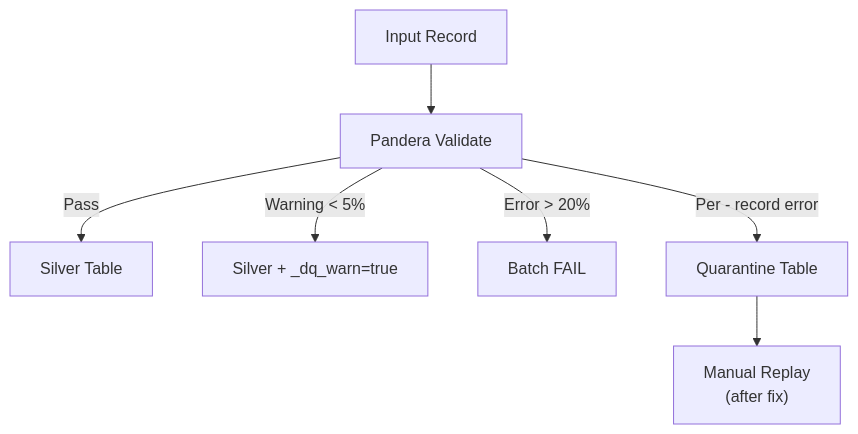
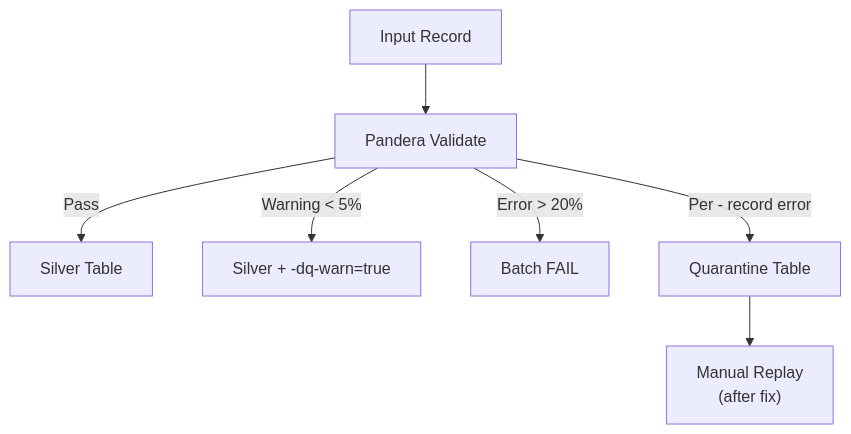
Before and after one commit to SatoryKono/BioactivityDataAcquisition: the third of 3 diagrams in docs/02-architecture/data-flow.md, drawn with Mermaid. The commit also changed other lines of this file and 311 other files, not shown here.

````diff
--- a/docs/02-architecture/data-flow.md
+++ b/docs/02-architecture/data-flow.md
@@ -181,9 +181,9 @@
 ```mermaid
 flowchart TD
   INPUT["Input Record"] --> VALIDATE["Pandera Validate"]
   VALIDATE -->|Pass| SILVER["Silver Table"]
-  VALIDATE -->|Warning < 5%| SILVER_WARN["Silver + _dq_warn=true"]
+  VALIDATE -->|Warning < 5%| SILVER-WARN["Silver + -dq-warn=true"]
   VALIDATE -->|Error > 20%| FAIL["Batch FAIL"]
   VALIDATE -->|Per - record error| QUARANTINE["Quarantine Table"]
   QUARANTINE --> REPLAY["Manual Replay<br/>(after fix)"]
 ```
````
